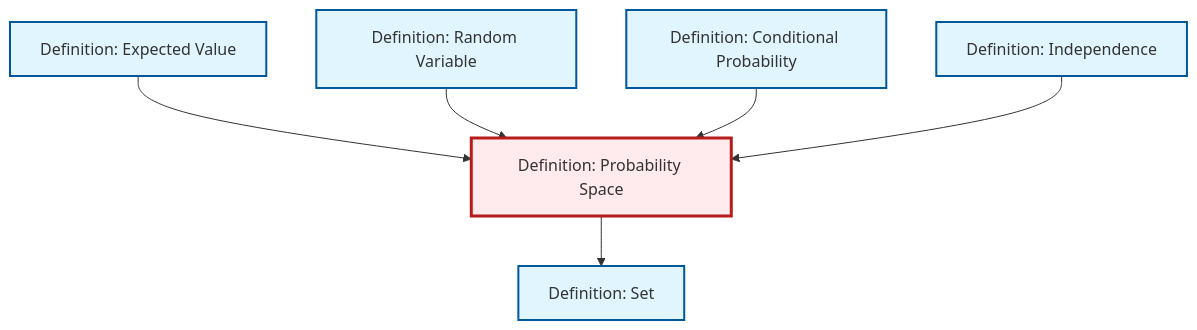
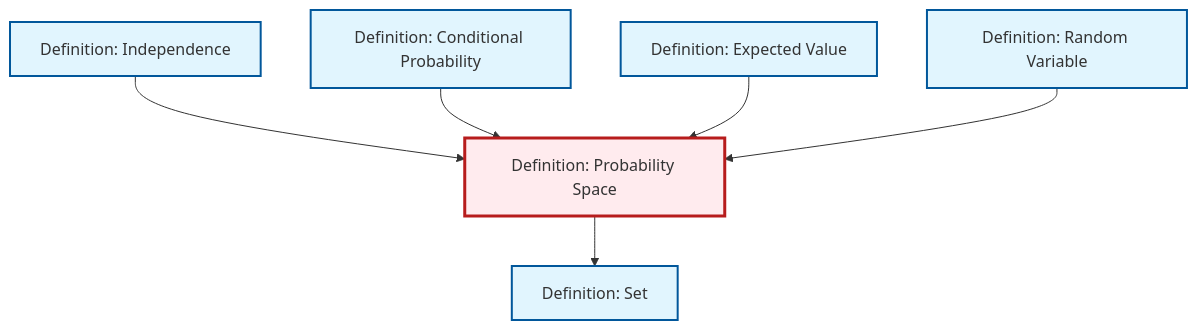
One commit to RK0429/ModernMath changed the diagram in content/ja/probability-statistics/def-probability-space.qmd. Above: the diagram before and after it, drawn with Mermaid. The commit also changed other lines of this file and 491 other files, not shown here.

````diff
--- a/content/ja/probability-statistics/def-probability-space.qmd
+++ b/content/ja/probability-statistics/def-probability-space.qmd
@@ -47,26 +47,26 @@
 ```{mermaid}
 %%| fig-cap: "Local dependency graph"
 graph TD
     classDef definition fill:#e1f5fe,stroke:#01579b,stroke-width:2px
     classDef theorem fill:#f3e5f5,stroke:#4a148c,stroke-width:2px
     classDef axiom fill:#fff3e0,stroke:#e65100,stroke-width:2px
     classDef example fill:#e8f5e9,stroke:#1b5e20,stroke-width:2px
     classDef current fill:#ffebee,stroke:#b71c1c,stroke-width:3px
-    def-independence["Definition: Independence"]:::definition
     def-set["Definition: Set"]:::definition
-    def-probability-space["Definition: Probability Space"]:::definition
-    def-random-variable["Definition: Random Variable"]:::definition
     def-expectation["Definition: Expected Value"]:::definition
     def-conditional-probability["Definition: Conditional Probability"]:::definition
+    def-random-variable["Definition: Random Variable"]:::definition
+    def-independence["Definition: Independence"]:::definition
+    def-probability-space["Definition: Probability Space"]:::definition
+    def-independence --> def-probability-space
+    def-conditional-probability --> def-probability-space
     def-expectation --> def-probability-space
+    def-probability-space --> def-set
     def-random-variable --> def-probability-space
-    def-conditional-probability --> def-probability-space
-    def-independence --> def-probability-space
-    def-probability-space --> def-set
     class def-probability-space current
-    click def-independence "def-independence.html" "Definition: Independenceへ"
     click def-set "def-set.html" "Definition: Setへ"
-    click def-random-variable "def-random-variable.html" "Definition: Random Variableへ"
     click def-expectation "def-expectation.html" "Definition: Expected Valueへ"
     click def-conditional-probability "def-conditional-probability.html" "Definition: Conditional Probabilityへ"
+    click def-random-variable "def-random-variable.html" "Definition: Random Variableへ"
+    click def-independence "def-independence.html" "Definition: Independenceへ"
 ```
````
